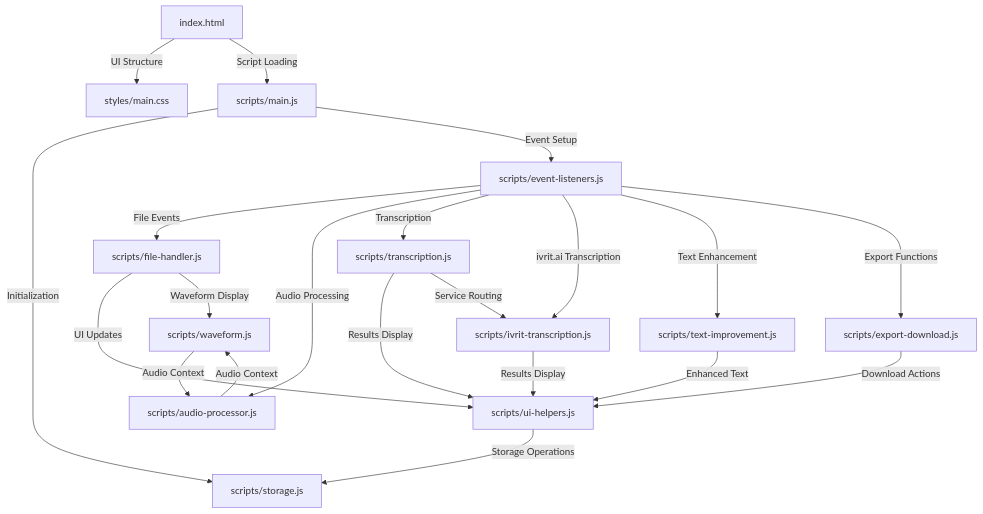
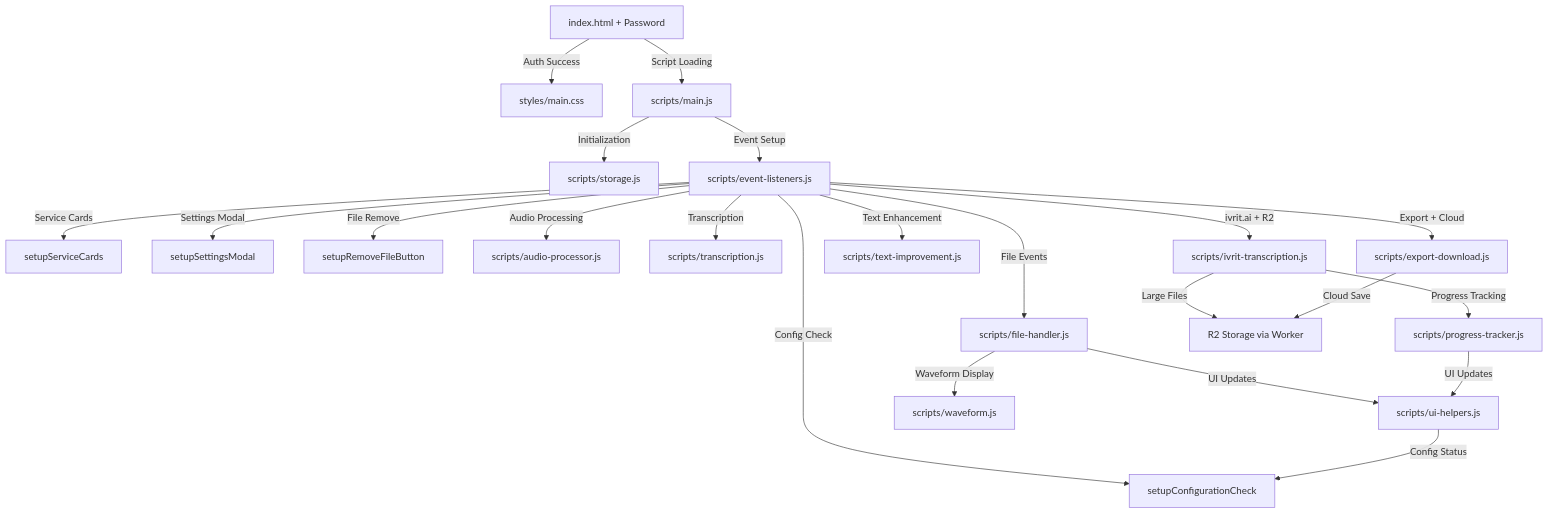
One commit to NaNa-148/timlol changed the diagram in PROJECT_STRUCTURE.md. Above: the diagram before and after it, drawn with Mermaid. The commit also changed other lines of this file, not shown here.

Commit message:
Update PROJECT_STRUCTURE.md גירסה 2.0

````diff
--- a/PROJECT_STRUCTURE.md
+++ b/PROJECT_STRUCTURE.md
@@ -742,28 +520,30 @@
 ```mermaid
 graph TD
-    A[index.html] -->|UI Structure| B[styles/main.css]
+    A[index.html + Password] -->|Auth Success| B[styles/main.css]
     A -->|Script Loading| C[scripts/main.js]
     
     C -->|Initialization| D[scripts/storage.js]
     C -->|Event Setup| E[scripts/event-listeners.js]
     
-    E -->|File Events| F[scripts/file-handler.js]
-    E -->|Audio Processing| G[scripts/audio-processor.js]
-    E -->|Transcription| H[scripts/transcription.js]
-    E -->|ivrit.ai Transcription| I[scripts/ivrit-transcription.js]
-    E -->|Text Enhancement| J[scripts/text-improvement.js]
-    E -->|Export Functions| K[scripts/export-download.js]
+    E -->|Service Cards| F1[setupServiceCards]
+    E -->|Settings Modal| F2[setupSettingsModal]
+    E -->|File Remove| F3[setupRemoveFileButton]
+    E -->|Config Check| F4[setupConfigurationCheck]
     
-    F -->|UI Updates| L[scripts/ui-helpers.js]
-    F -->|Waveform Display| M[scripts/waveform.js]
+    E -->|File Events| G[scripts/file-handler.js]
+    E -->|Audio Processing| H[scripts/audio-processor.js]
+    E -->|Transcription| I[scripts/transcription.js]
+    E -->|ivrit.ai + R2| J[scripts/ivrit-transcription.js]
+    E -->|Text Enhancement| K[scripts/text-improvement.js]
+    E -->|Export + Cloud| L[scripts/export-download.js]
     
-    G -->|Audio Context| M
-    H -->|Results Display| L
-    H -->|Service Routing| I
-    I -->|Results Display| L
-    J -->|Enhanced Text| L
-    K -->|Download Actions| L
+    J -->|Progress Tracking| M[scripts/progress-tracker.js]
+    J -->|Large Files| N[R2 Storage via Worker]
+    L -->|Cloud Save| N
     
-    L -->|Storage Operations| D
-    M -->|Audio Context| G
+    G -->|UI Updates| O[scripts/ui-helpers.js]
+    G -->|Waveform Display| P[scripts/waveform.js]
+    
+    O -->|Config Status| F4
+    M -->|UI Updates| O
 ```
````
